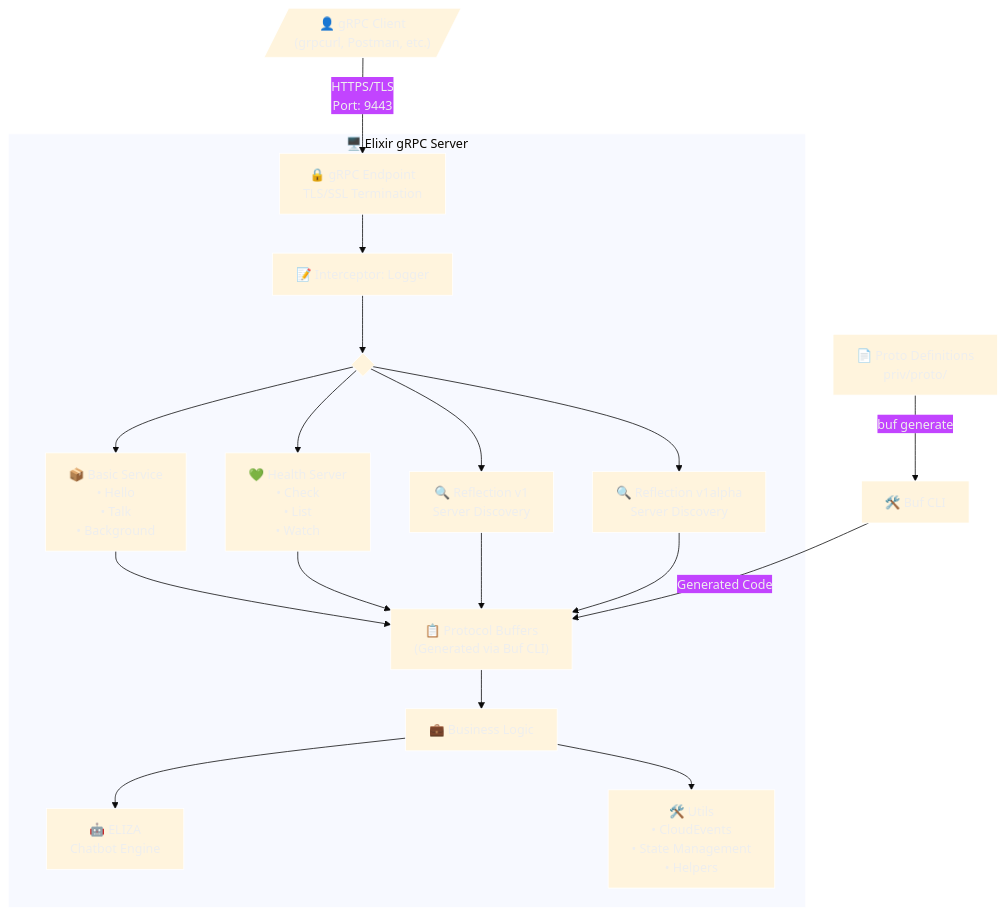
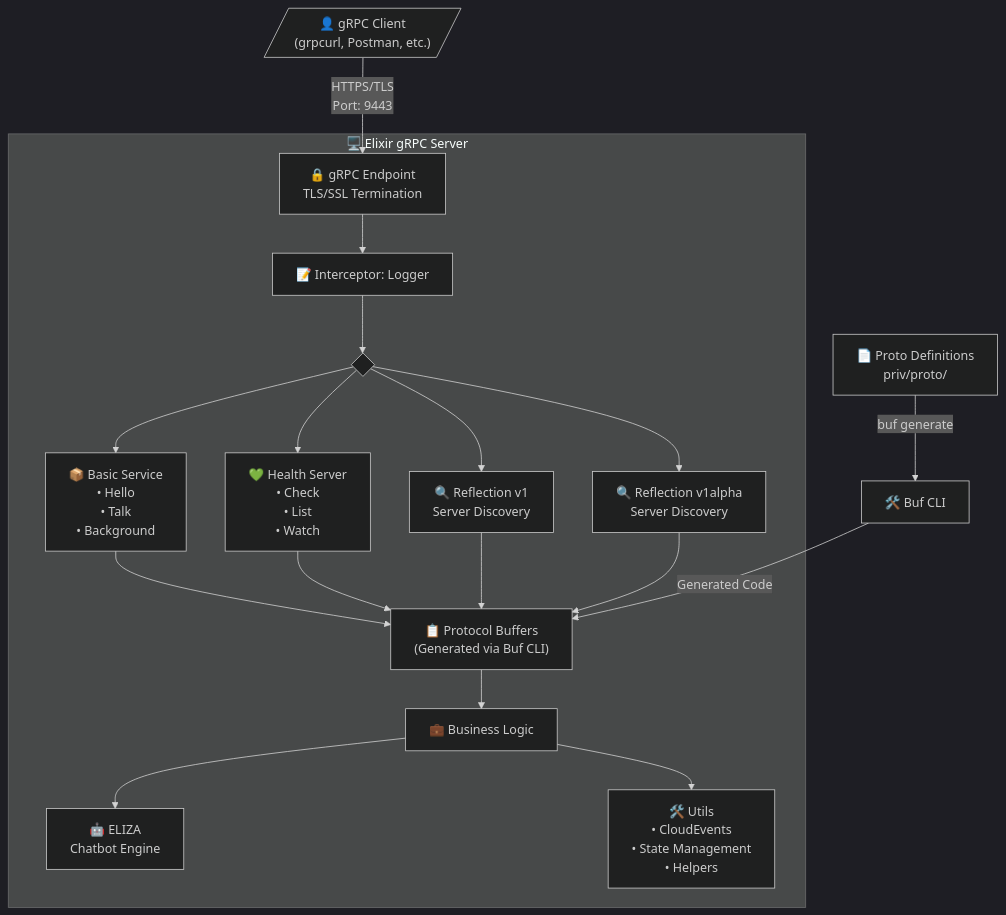
Before and after one commit to soundphilosopher/basic-grpc-service-elixir: the diagram in README.md, drawn with Mermaid.

````diff
--- a/README.md
+++ b/README.md
@@ -245,36 +245,36 @@
 ```mermaid
-%%{init: {'theme': 'base', 'themeVariables': {'darkMode': true}}}%%
+%%{init: {'theme': 'dark'}}%%
 graph TB
     Client[/"👤 gRPC Client<br/>(grpcurl, Postman, etc.)"/]
 
     Client -->|"HTTPS/TLS<br/>Port: 9443"| Endpoint
 
     subgraph Server["🖥️ Elixir gRPC Server"]
         Endpoint["🔒 gRPC Endpoint<br/>TLS/SSL Termination"]
 
         Endpoint --> Logger["📝 Interceptor: Logger"]
 
         Logger --> Services{" "}
 
         Services --> BasicService["📦 Basic Service<br/>• Hello<br/>• Talk<br/>• Background"]
         Services --> HealthService["💚 Health Server<br/>• Check<br/>• List<br/>• Watch"]
         Services --> ReflectionV1["🔍 Reflection v1<br/>Server Discovery"]
         Services --> ReflectionV1Alpha["🔍 Reflection v1alpha<br/>Server Discovery"]
 
         BasicService --> Protobuf["📋 Protocol Buffers<br/>(Generated via Buf CLI)"]
         HealthService --> Protobuf
         ReflectionV1 --> Protobuf
         ReflectionV1Alpha --> Protobuf
 
         Protobuf --> BusinessLogic["💼 Business Logic"]
 
         BusinessLogic --> Eliza["🤖 ELIZA<br/>Chatbot Engine"]
         BusinessLogic --> Utils["🛠️ Utils<br/>• CloudEvents<br/>• State Management<br/>• Helpers"]
     end
 
     ProtoFiles["📄 Proto Definitions<br/>priv/proto/"]
     BufCLI["🛠️ Buf CLI"]
 
     ProtoFiles -->|"buf generate"| BufCLI
     BufCLI -->|"Generated Code"| Protobuf
 ```
````
